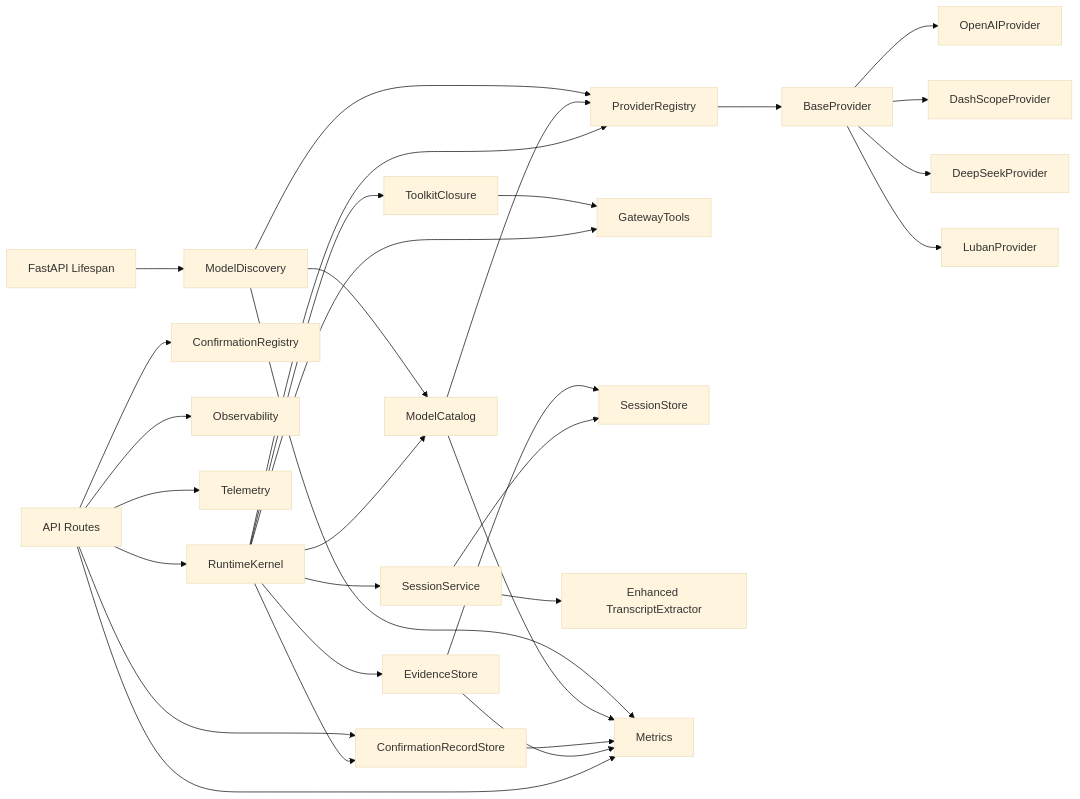
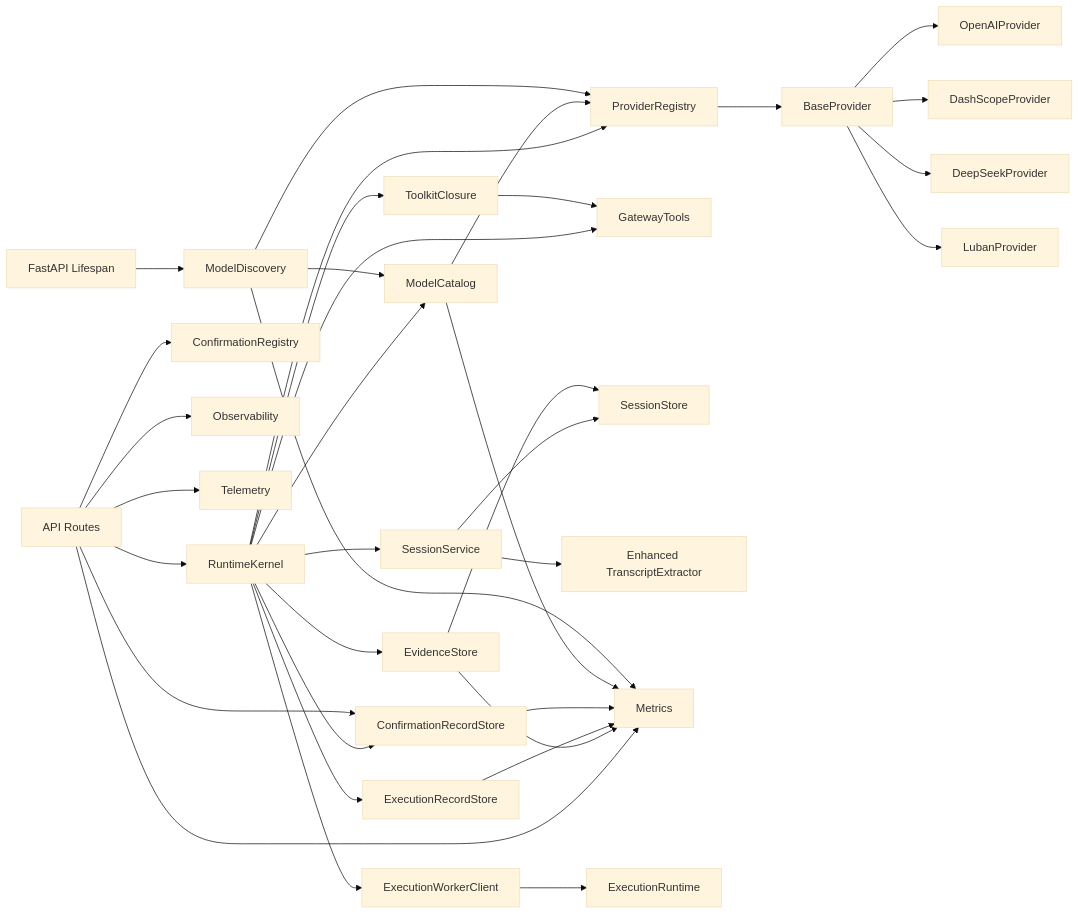
Before and after one commit to metasync/luban-aiops: diagram 33 of 33 in .qoder/repowiki/en/content/Agent Platform Service/Agent Platform Service.md, drawn with Mermaid (base theme). The commit also changed other lines of this file and 5 other files, not shown here.

````diff
--- a/.qoder/repowiki/en/content/Agent Platform Service/Agent Platform Service.md
+++ b/.qoder/repowiki/en/content/Agent Platform Service/Agent Platform Service.md
@@ -2072,33 +1983,37 @@
 ```mermaid
 graph LR
 API["API Routes"] --> Kernel["RuntimeKernel"]
 Kernel --> Session["SessionService"]
 Kernel --> Evidence["EvidenceStore"]
+Kernel --> ExecWorker["ExecutionWorkerClient"]
+Kernel --> ExecRecords["ExecutionRecordStore"]
 Kernel --> ConfirmStore["ConfirmationRecordStore"]
 Kernel --> ModelCat["ModelCatalog"]
 Kernel --> Registry["ProviderRegistry"]
 Kernel --> Tools["GatewayTools"]
 Kernel --> Closure["ToolkitClosure"]
 Registry --> Base["BaseProvider"]
 Base --> OpenAI["OpenAIProvider"]
 Base --> DashScope["DashScopeProvider"]
 Base --> DeepSeek["DeepSeekProvider"]
 Base --> Luban["LubanProvider"]
 Session --> Store["SessionStore"]
 Session --> Transcript["Enhanced TranscriptExtractor"]
 API --> HITL["ConfirmationRegistry"]
 API --> ConfirmStore
 API --> Metrics["Metrics"]
 API --> Obs["Observability"]
 API --> Tel["Telemetry"]
 Closure --> Tools
 Evidence --> Metrics
 Evidence --> Store
+ExecWorker --> ExecRuntime["ExecutionRuntime"]
+ExecRecords --> Metrics
 ConfirmStore --> Metrics
 ModelCat --> Metrics
 ModelCat --> Registry
 ModelDisc["ModelDiscovery"] --> ModelCat
 ModelDisc --> Registry
 ModelDisc --> Metrics
 Lifespan["FastAPI Lifespan"] --> ModelDisc
 ```
````
